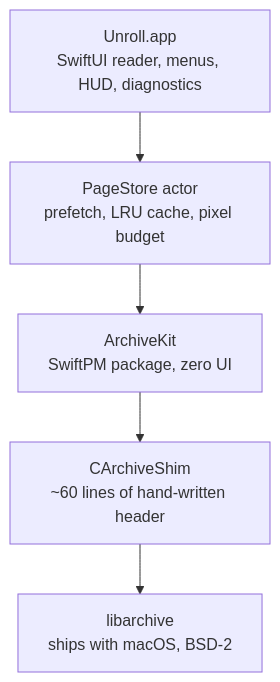
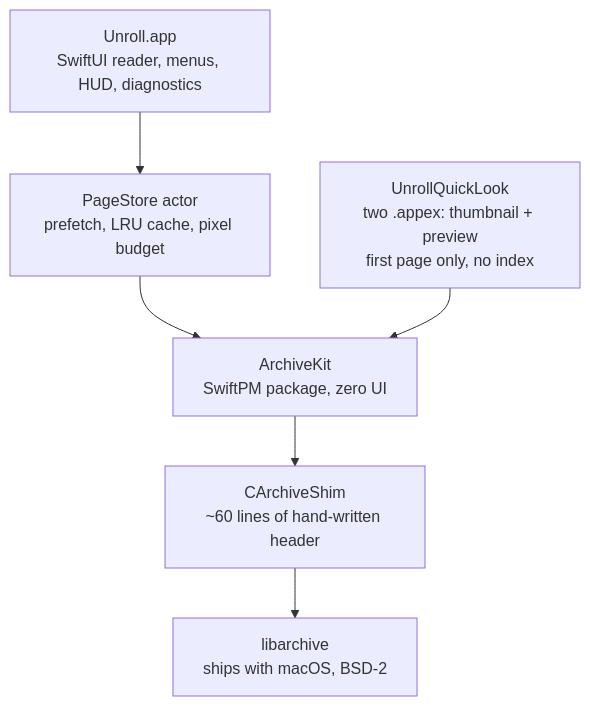
Before and after one commit to GFredR/Unroll: the diagram in ARCHITECTURE.md, drawn with Mermaid. The commit also changed other lines of this file and 3 other files, not shown here.

First line of the commit message:
docs: QuickLook 扩展的对外说明与验证边界

````diff
--- a/ARCHITECTURE.md
+++ b/ARCHITECTURE.md
@@ -7,13 +7,15 @@
 ```mermaid
 flowchart TB
     UI["Unroll.app<br/>SwiftUI reader, menus, HUD, diagnostics"]
+    QL["UnrollQuickLook<br/>two .appex: thumbnail + preview<br/>first page only, no index"]
     Store["PageStore actor<br/>prefetch, LRU cache, pixel budget"]
     Kit["ArchiveKit<br/>SwiftPM package, zero UI"]
     Shim["CArchiveShim<br/>~60 lines of hand-written header"]
     Lib["libarchive<br/>ships with macOS, BSD-2"]
 
     UI --> Store
     Store --> Kit
+    QL --> Kit
     Kit --> Shim
     Shim --> Lib
 ```
````
